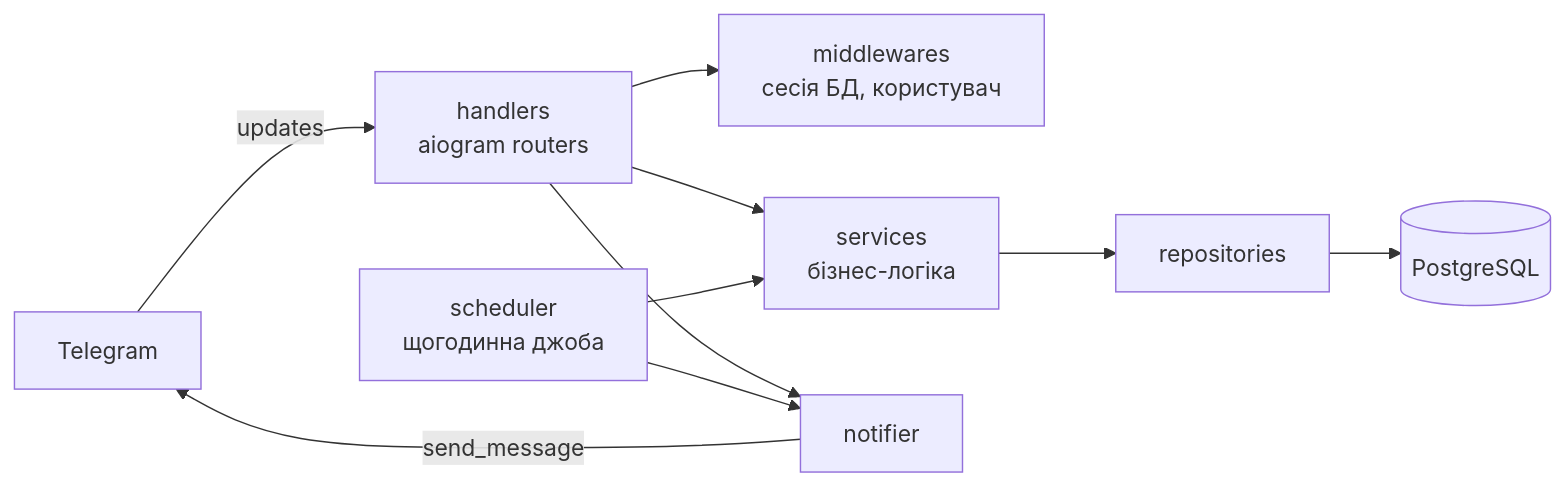
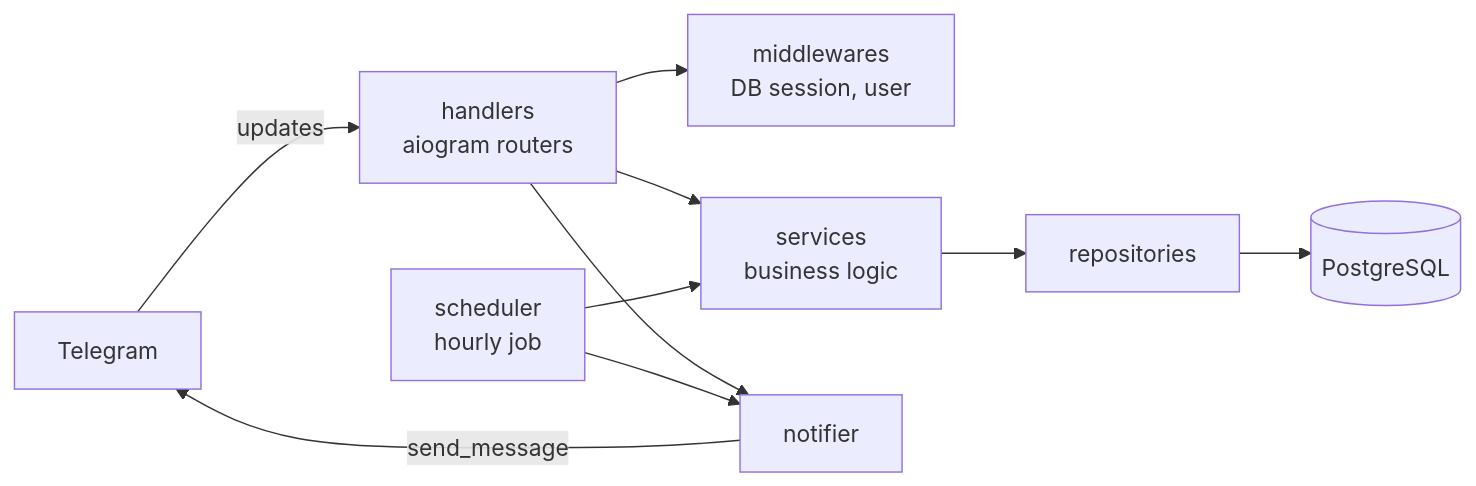
Before and after one commit to timstt/skynemos: the first of 3 diagrams in README.md, drawn with Mermaid. The commit also changed other lines of this file and 12 other files, not shown here.

````diff
--- a/README.md
+++ b/README.md
@@ -125,12 +120,12 @@
 ```mermaid
 flowchart LR
     TG[Telegram] -->|updates| H[handlers<br/>aiogram routers]
-    H --> M[middlewares<br/>сесія БД, користувач]
-    H --> S[services<br/>бізнес-логіка]
-    J[scheduler<br/>щогодинна джоба] --> S
+    H --> M[middlewares<br/>DB session, user]
+    H --> S[services<br/>business logic]
+    J[scheduler<br/>hourly job] --> S
     S --> R[repositories]
     R --> DB[(PostgreSQL)]
     H --> N[notifier]
     J --> N
     N -->|send_message| TG
 ```
````
